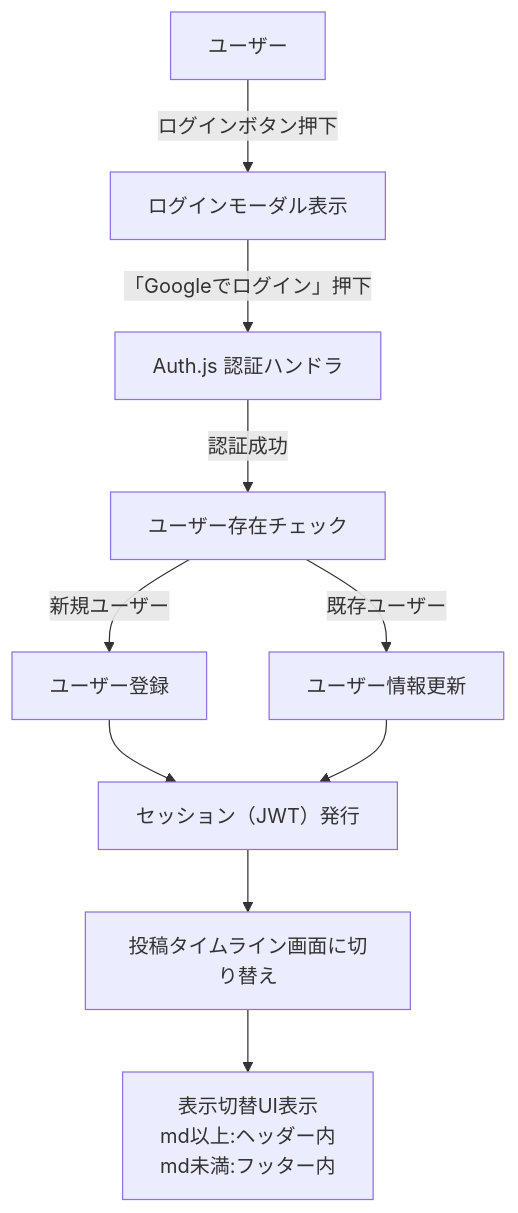
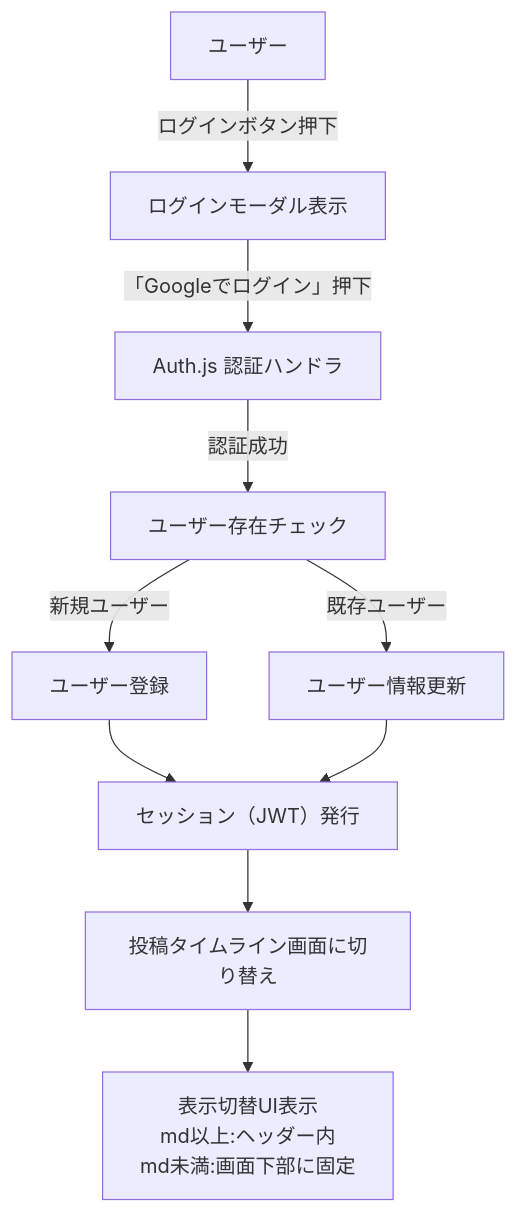
One commit to kouichi-hoshi/mono-log7 changed the diagram in docs/03. 設計書.md. Above: the diagram before and after it, drawn with Mermaid. The commit also changed 2 other files, not shown here.

Commit message:
feat: ドキュメントの不整合を解消

````diff
--- a/docs/03. 設計書.md
+++ b/docs/03. 設計書.md
@@ -402,12 +402,12 @@
 ```mermaid
 flowchart TD
   U[ユーザー] -->|ログインボタン押下| LoginModal[ログインモーダル表示]
   LoginModal -->|「Googleでログイン」押下| AuthJS[Auth.js 認証ハンドラ]
   AuthJS -->|認証成功| CheckUser[ユーザー存在チェック]
   CheckUser -->|新規ユーザー| CreateUser[ユーザー登録]
   CheckUser -->|既存ユーザー| UpdateUser[ユーザー情報更新]
   CreateUser --> Session[セッション（JWT）発行]
   UpdateUser --> Session
   Session --> UIUpdate[投稿タイムライン画面に切り替え]
-  UIUpdate --> NavShow[表示切替UI表示<br/>md以上:ヘッダー内<br/>md未満:フッター内]
+  UIUpdate --> NavShow[表示切替UI表示<br/>md以上:ヘッダー内<br/>md未満:画面下部に固定]
 ```
````
